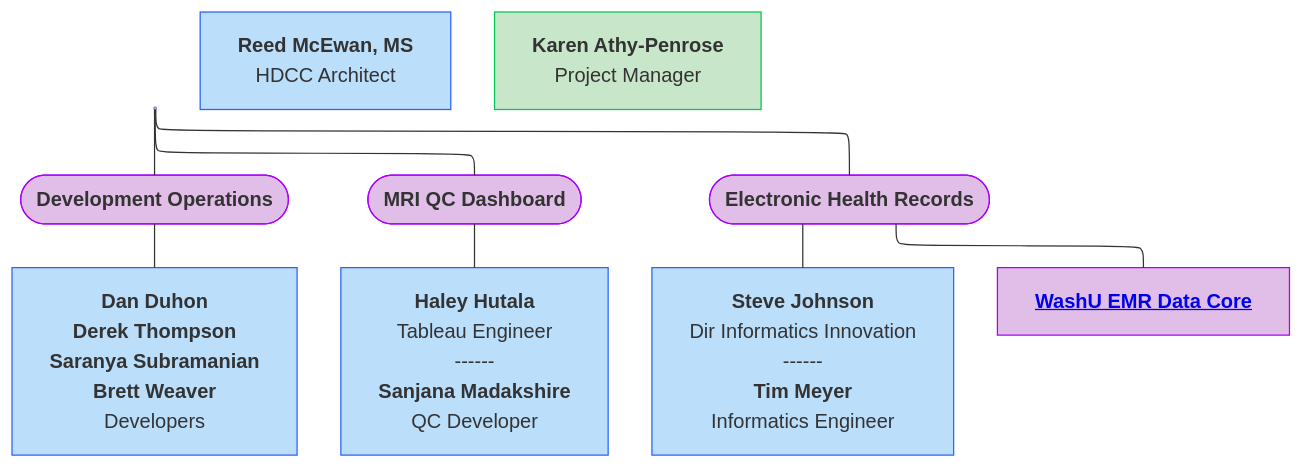
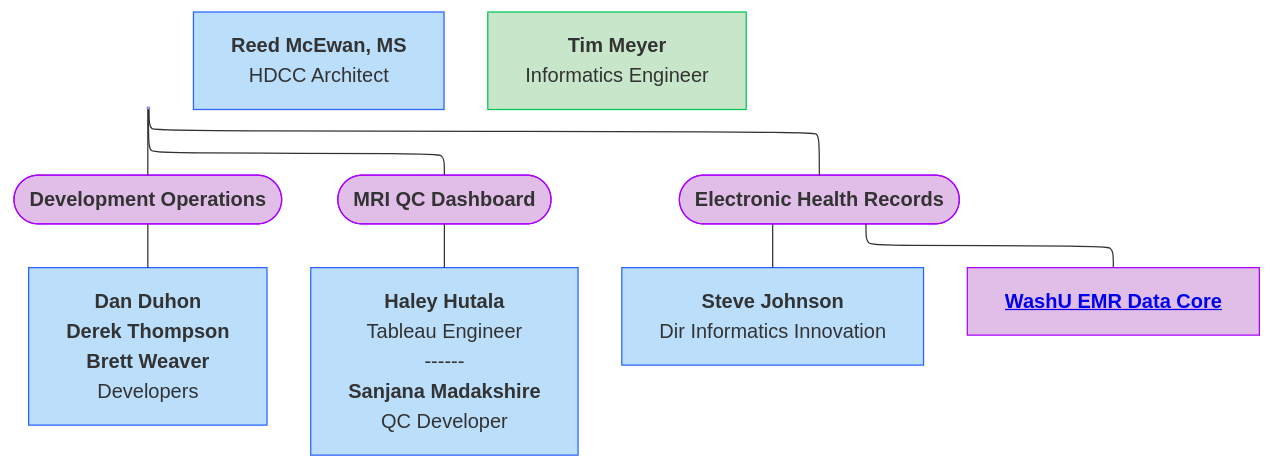
The diagram in docs/orgcharts/mermaid/hst.mmd (DCAN-Labs/hbcd-docs-internal), drawn with Mermaid before and after one commit. The commit also changed 2 other files, not shown here.

```diff
--- a/docs/orgcharts/mermaid/hst.mmd
+++ b/docs/orgcharts/mermaid/hst.mmd
@@ -1,28 +1,26 @@
 ---
 config:
   layout: elk
 ---
 flowchart TB
     B["<b>Karen Athy-Penrose</b><br>Project Manager"] --- n2(["<b>Development Operations</b>"]) & n3(["<b>MRI QC Dashboard</b>"]) & n4(["<b>Electronic Health Records</b>"])
-    n2 --- F["<b>Dan Duhon<br>Derek Thompson<br>Saranya Subramanian<br>Brett Weaver</b><br>Developers"]
+    n2 --- F["<b>Dan Duhon<br>Derek Thompson<br>Brett Weaver</b><br>Developers"]
     n3 --- G["<b>Haley Hutala</b><br>Tableau Engineer
     ------
     <b>Sanjana Madakshire</b><br>QC Developer"]
-    n4 --- H["<b>Steve Johnson</b><br>Dir Informatics Innovation
-    ------
-    <b>Tim Meyer</b><br>Informatics Engineer"]
-    n4 --- n5["<a href="../orgcharts/washu" target="_top"><b>WashU EMR Data Core</b></a>"]
+    n4 --- H["<b>Steve Johnson</b><br>Dir Informatics Innovation"] & n5@{ label: "<a href=\"../orgcharts/washu\" target=\"_top\"><b>WashU EMR Data Core</b></a>" }
     E["<b>Reed McEwan, MS</b><br>HDCC Architect"]
-    n6["<b>Karen Athy-Penrose</b><br>Project Manager"]
+    n6["<b>Tim Meyer<br></b>Informatics Engineer"]
     B@{ shape: anchor}
+    n5@{ shape: rect}
     n6@{ shape: rect}
     style B fill:#C8E6C9,stroke:#00C853
     style n2 fill:#E1BEE7,stroke:#AA00FF
     style n3 fill:#E1BEE7,stroke:#AA00FF
     style n4 fill:#E1BEE7,stroke:#AA00FF
     style F fill:#BBDEFB,stroke:#2962FF
     style G fill:#BBDEFB,stroke:#2962FF
     style H fill:#BBDEFB,stroke:#2962FF
     style n5 fill:#E1BEE7,stroke:#AA00FF
     style E fill:#BBDEFB,stroke:#2962FF
     style n6 fill:#C8E6C9,stroke:#00C853
```
